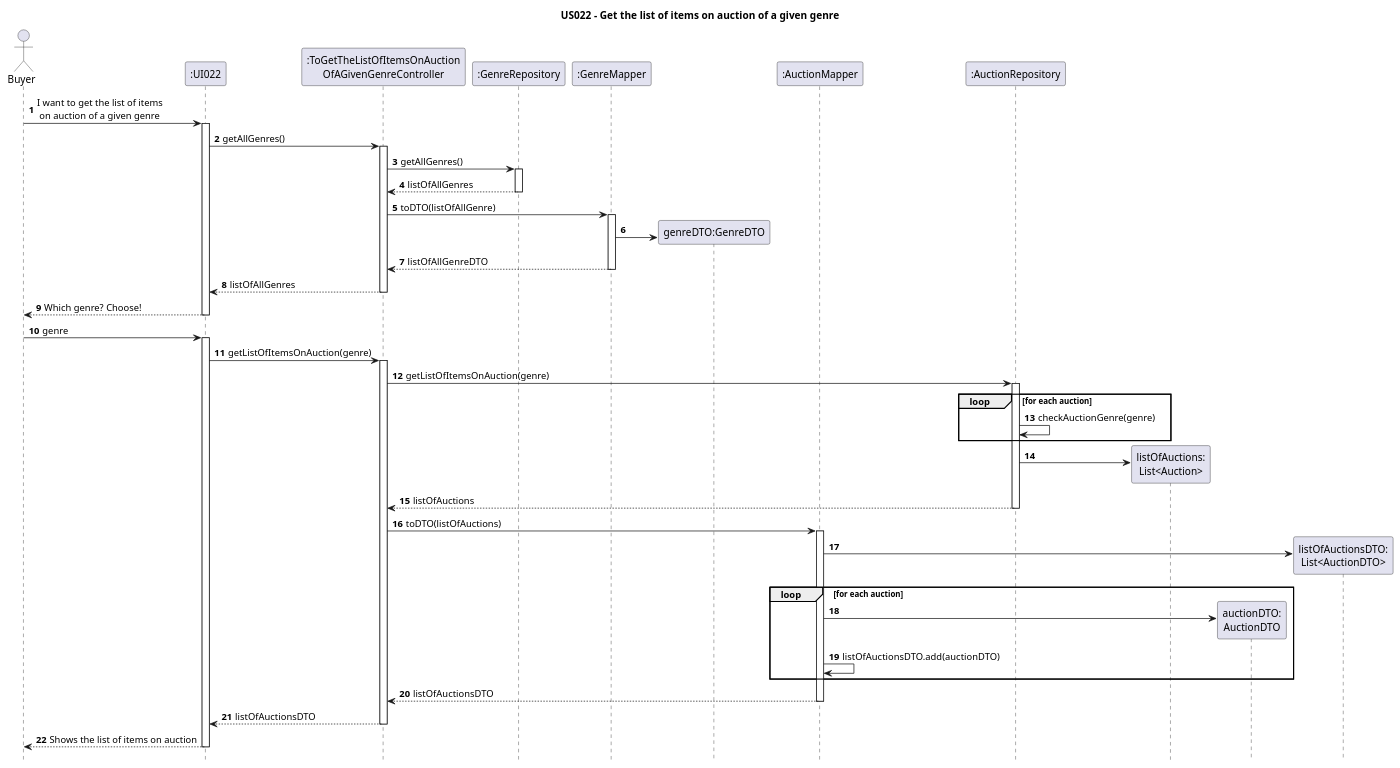
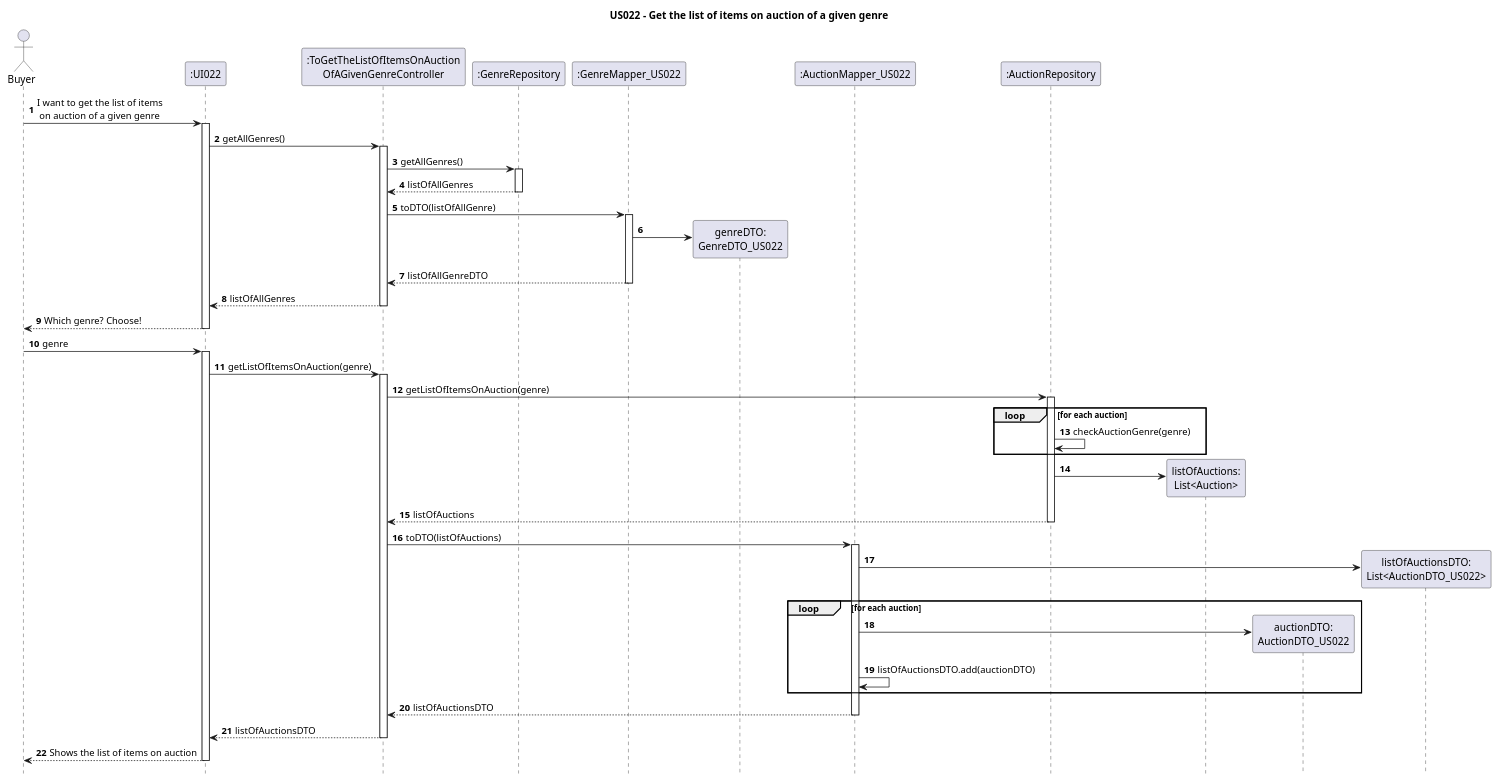
The diagram in Diagrams/SequenceDiagrams/N2/US022-to-get-the-list-of-items-on-auction-of-a-given-genre.puml (AndrePereiraGitH/SWitCH-Project-Team_A), drawn with PlantUML before and after one commit. The commit also changed 3 other files, not shown here.

Commit message:
Working on #120, #74, #70, #72, name correction of DTO and Mapper

```diff
--- a/Diagrams/SequenceDiagrams/N2/US022-to-get-the-list-of-items-on-auction-of-a-given-genre.puml
+++ b/Diagrams/SequenceDiagrams/N2/US022-to-get-the-list-of-items-on-auction-of-a-given-genre.puml
@@ -1,82 +1,82 @@
 @startuml
 autonumber
 hide footbox
 title US022 - Get the list of items on auction of a given genre
 
 actor Buyer
 
 ' Participants
 participant ":UI022" as UI
 participant ":ToGetTheListOfItemsOnAuction\nOfAGivenGenreController" as Ctrl
 participant ":GenreRepository" as GenreRepo
-participant ":GenreMapper" as GenreMapper
-participant "genreDTO:GenreDTO" as GenreDTO
-participant ":AuctionMapper" as Mapper
+participant ":GenreMapper_US022" as GenreMapper_US022
+participant "genreDTO:\nGenreDTO_US022" as GenreDTO
+participant ":AuctionMapper_US022" as Mapper
 participant ":AuctionRepository" as AuctionRepo
 participant "listOfAuctions:\nList<Auction>" as ListAuc
 'participant ":Auction" as AuctionDomain
-participant "auctionDTO:\nAuctionDTO" as DTO
-participant "listOfAuctionsDTO:\nList<AuctionDTO>" as ListDTO
+participant "auctionDTO:\nAuctionDTO_US022" as DTO
+participant "listOfAuctionsDTO:\nList<AuctionDTO_US022>" as ListDTO
 
 ' Interactions
 Buyer -> UI : I want to get the list of items\n on auction of a given genre
 activate UI
 
 UI -> Ctrl : getAllGenres()
 activate Ctrl
 
 Ctrl -> GenreRepo : getAllGenres()
 activate GenreRepo
 GenreRepo --> Ctrl : listOfAllGenres
 deactivate GenreRepo
 
-Ctrl -> GenreMapper: toDTO(listOfAllGenre)
-activate GenreMapper
-GenreMapper -> GenreDTO **
-GenreMapper --> Ctrl: listOfAllGenreDTO
-deactivate GenreMapper
+Ctrl -> GenreMapper_US022: toDTO(listOfAllGenre)
+activate GenreMapper_US022
+GenreMapper_US022 -> GenreDTO **
+GenreMapper_US022 --> Ctrl: listOfAllGenreDTO
+deactivate GenreMapper_US022
 
 Ctrl --> UI : listOfAllGenres
 deactivate Ctrl
 
 UI --> Buyer : Which genre? Choose!
 deactivate UI
 
 Buyer -> UI : genre
 activate UI
 
 UI -> Ctrl : getListOfItemsOnAuction(genre)
 activate Ctrl
 
 Ctrl -> AuctionRepo : getListOfItemsOnAuction(genre)
 activate AuctionRepo
 
 loop for each auction
     AuctionRepo -> AuctionRepo : checkAuctionGenre(genre)
 end
 
 AuctionRepo -> ListAuc ** :
 AuctionRepo --> Ctrl : listOfAuctions
 deactivate AuctionRepo
 
 Ctrl -> Mapper : toDTO(listOfAuctions)
 activate Mapper
 Mapper -> ListDTO ** :
 
     loop for each auction
 
         Mapper -> DTO **
 
         Mapper -> Mapper : listOfAuctionsDTO.add(auctionDTO)
     end
 
 Mapper --> Ctrl : listOfAuctionsDTO
 deactivate Mapper
 
 Ctrl --> UI : listOfAuctionsDTO
 deactivate Ctrl
 
 UI --> Buyer : Shows the list of items on auction
 deactivate UI
 
 @enduml
```
